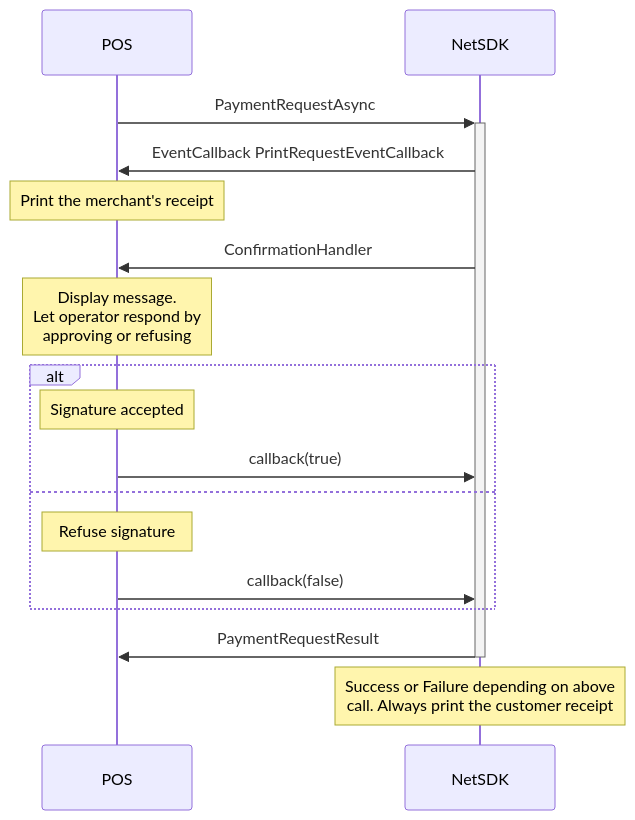
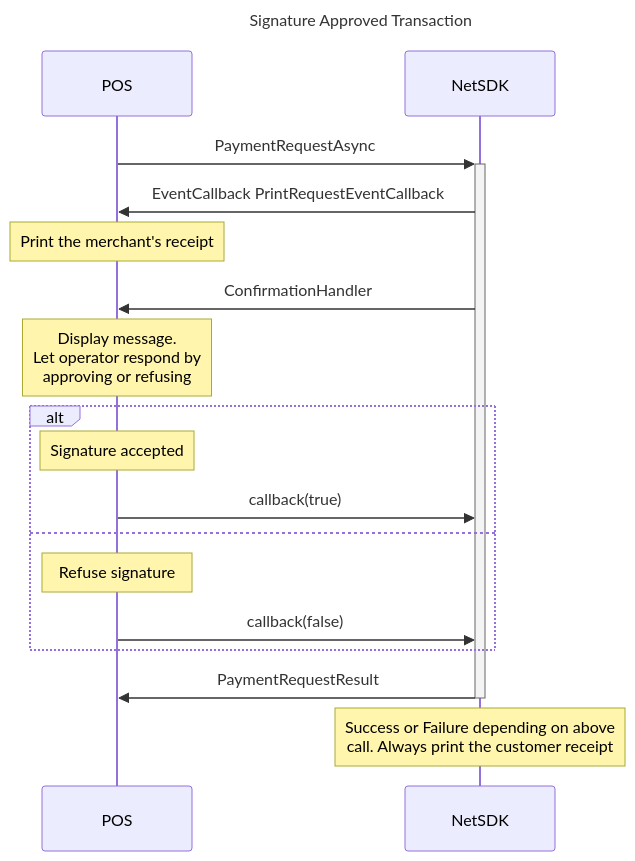
One commit to SwedbankPay/developer.swedbankpay.com changed the diagram in pax-terminal/NET/tutorial/cvm-signature.md. Above: the diagram before and after it, drawn with Mermaid. The commit also changed 66 other files, not shown here.

Commit message:
Added titles in sequence diagrams

````diff
--- a/pax-terminal/NET/tutorial/cvm-signature.md
+++ b/pax-terminal/NET/tutorial/cvm-signature.md
@@ -15,20 +15,21 @@
 ```mermaid
 sequenceDiagram
+title: Signature Approved Transaction
 participant POS
 participant NetSDK
 
 POS->>+NetSDK: PaymentRequestAsync
 NetSDK->>POS: EventCallback PrintRequestEventCallback
 Note over POS: Print the merchant's receipt
-NetSDK->>POS: ConfirmationHandler 
+NetSDK->>POS: ConfirmationHandler
 Note over POS: Display message.<br>Let operator respond by<br>approving or refusing
 alt
   Note over POS: Signature accepted
   POS->>NetSDK: callback(true)
 else
   Note over POS: Refuse signature
   POS->>NetSDK: callback(false)
 end
 NetSDK->>-POS: PaymentRequestResult
 Note over NetSDK: Success or Failure depending on above<br>call. Always print the customer receipt
 ```
````
